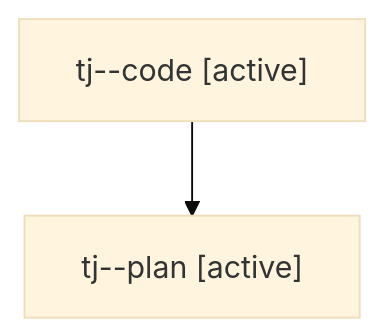
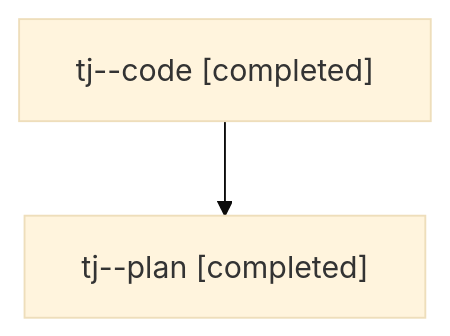
The diagram in families/bbugyi200.athena.tj.md (sase-org/sase--agents), drawn with Mermaid (base theme) before and after one commit. The commit also changed other lines of this file and 848 other files, not shown here.

````diff
--- a/families/bbugyi200.athena.tj.md
+++ b/families/bbugyi200.athena.tj.md
@@ -9,6 +9,6 @@
 ```mermaid
 flowchart TD
-  n0["tj--code [active]"]
-  n1["tj--plan [active]"]
+  n0["tj--code [completed]"]
+  n1["tj--plan [completed]"]
   n0 --> n1
 ```
````
